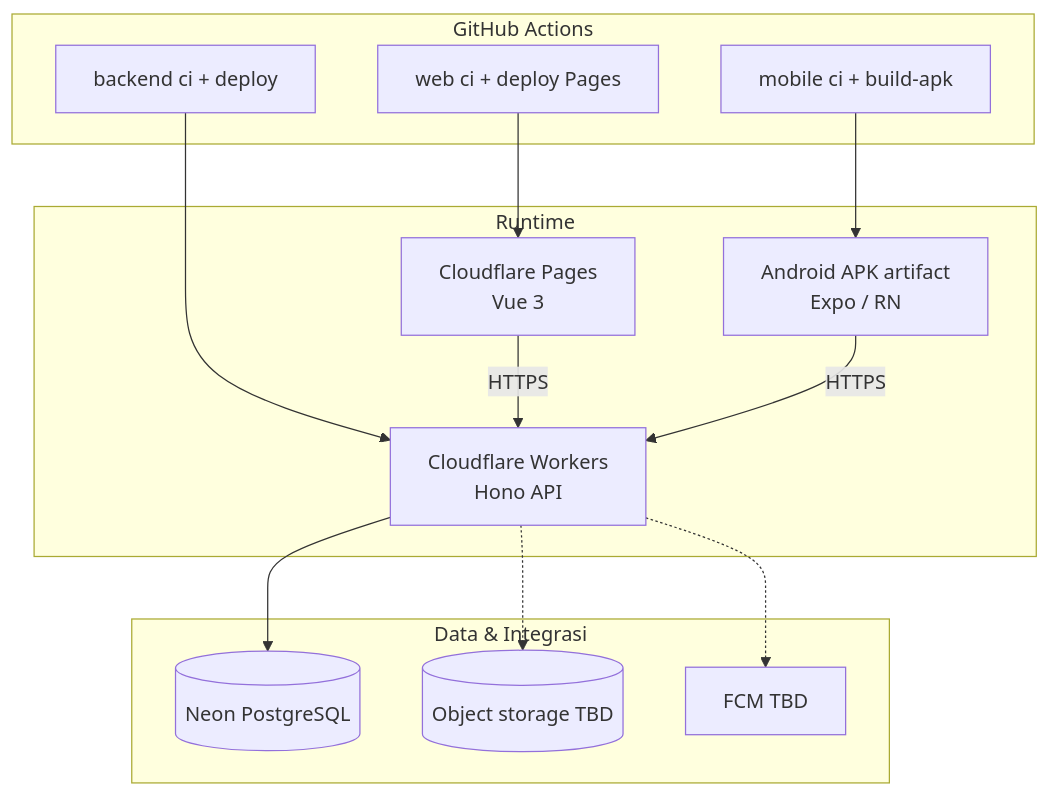
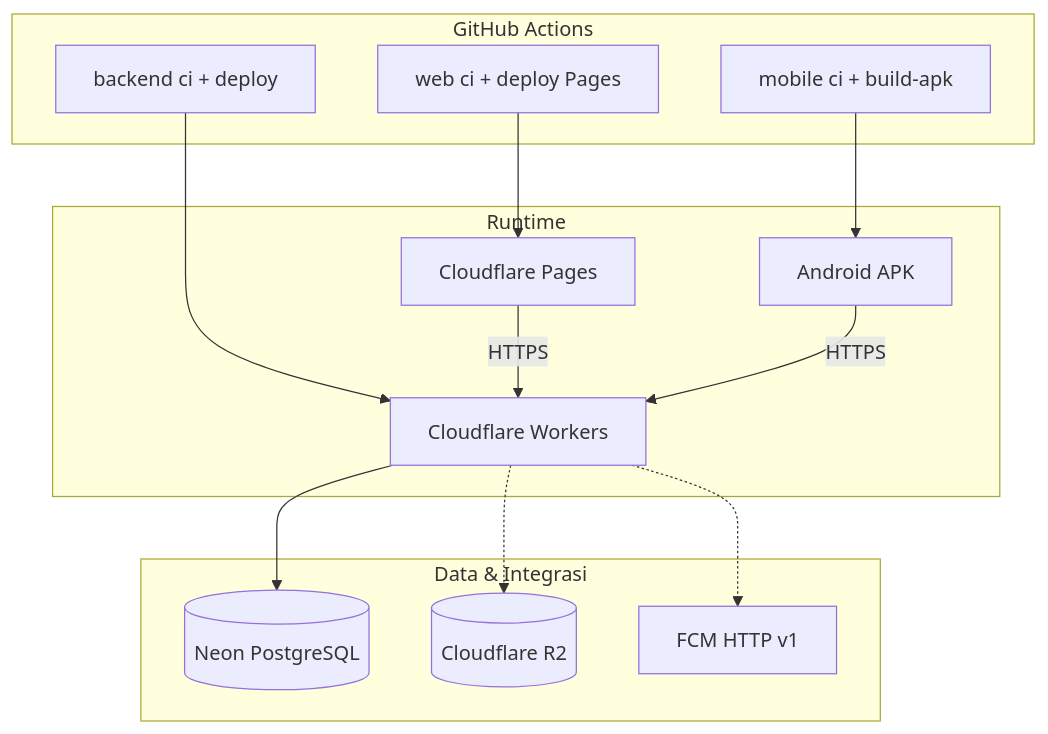
One commit to Capstone-Project-Team-B-2026/docs changed the fourth of 4 diagrams in docs/infrastructure.md. Above: the diagram before and after it, drawn with Mermaid. The commit also changed other lines of this file and 12 other files, not shown here.

First line of the commit message:
docs: lock v1.0 — face on-device, ERD, NFR, testing, and board hygiene

````diff
--- a/docs/infrastructure.md
+++ b/docs/infrastructure.md
@@ -391,29 +410,29 @@
 ```mermaid
 flowchart TB
   subgraph CI_CD[GitHub Actions]
     BE[backend ci + deploy]
     WEBCI[web ci + deploy Pages]
     MOBCI[mobile ci + build-apk]
   end
 
   subgraph Runtime
-    API[Cloudflare Workers<br/>Hono API]
-    WEB[Cloudflare Pages<br/>Vue 3]
-    MOB[Android APK artifact<br/>Expo / RN]
+    API[Cloudflare Workers]
+    WEB[Cloudflare Pages]
+    MOB[Android APK]
   end
 
   subgraph DataPlane[Data & Integrasi]
     DB[(Neon PostgreSQL)]
-    Store[(Object storage TBD)]
-    FCM[FCM TBD]
+    Store[(Cloudflare R2)]
+    FCM[FCM HTTP v1]
   end
 
   BE --> API
   WEBCI --> WEB
   MOBCI --> MOB
   WEB -->|HTTPS| API
   MOB -->|HTTPS| API
   API --> DB
   API -.-> Store
   API -.-> FCM
 ```
````
